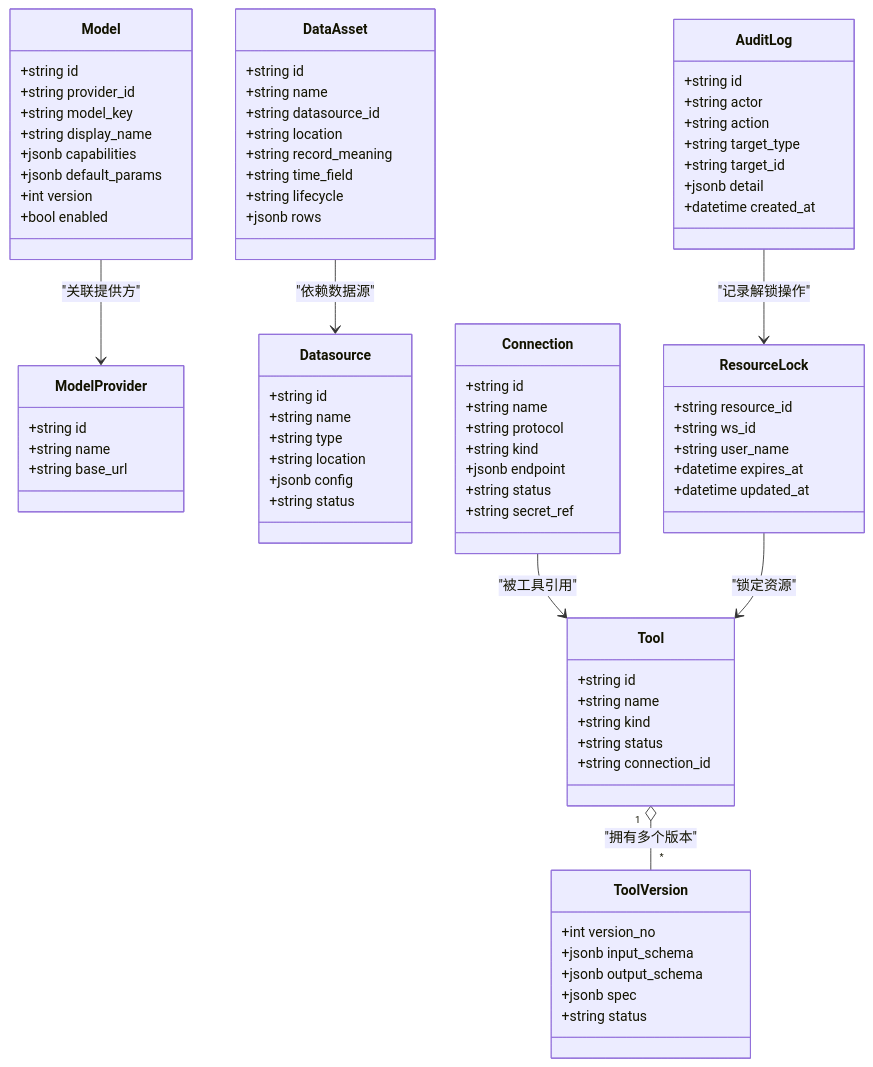
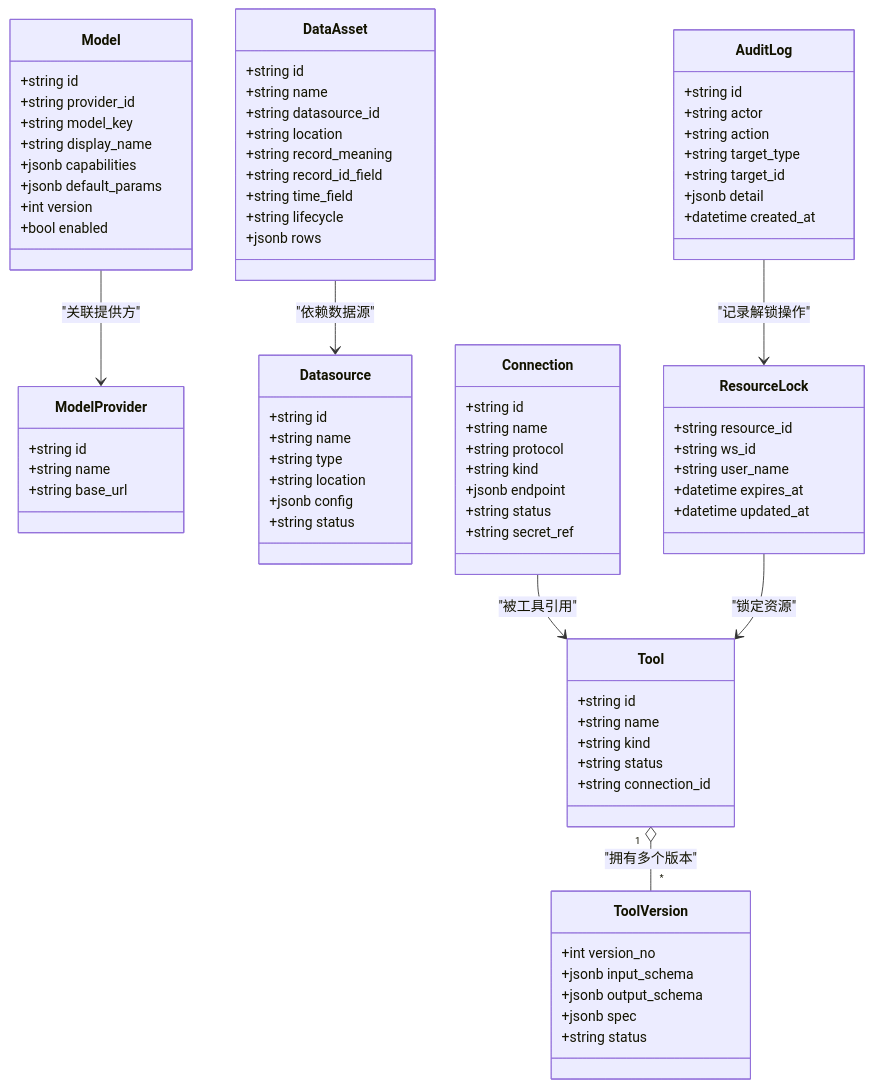
Before and after one commit to huiliuxu780/MoreThanCorn: the second of 4 diagrams in .qoder/repowiki/zh/content/资源管理域.md, drawn with Mermaid. The commit also changed other lines of this file and 141 other files, not shown here.

````diff
--- a/.qoder/repowiki/zh/content/资源管理域.md
+++ b/.qoder/repowiki/zh/content/资源管理域.md
@@ -160,81 +169,82 @@
 ```mermaid
 classDiagram
 class Tool {
 +string id
 +string name
 +string kind
 +string status
 +string connection_id
 }
 class ToolVersion {
 +int version_no
 +jsonb input_schema
 +jsonb output_schema
 +jsonb spec
 +string status
 }
 class Model {
 +string id
 +string provider_id
 +string model_key
 +string display_name
 +jsonb capabilities
 +jsonb default_params
 +int version
 +bool enabled
 }
 class ModelProvider {
 +string id
 +string name
 +string base_url
 }
 class Datasource {
 +string id
 +string name
 +string type
 +string location
 +jsonb config
 +string status
 }
 class DataAsset {
 +string id
 +string name
 +string datasource_id
 +string location
 +string record_meaning
++string record_id_field
 +string time_field
 +string lifecycle
 +jsonb rows
 }
 class Connection {
 +string id
 +string name
 +string protocol
 +string kind
 +jsonb endpoint
 +string status
 +string secret_ref
 }
 class ResourceLock {
 +string resource_id
 +string ws_id
 +string user_name
 +datetime expires_at
 +datetime updated_at
 }
 class AuditLog {
 +string id
 +string actor
 +string action
 +string target_type
 +string target_id
 +jsonb detail
 +datetime created_at
 }
 Tool "1" o-- "*" ToolVersion : "拥有多个版本"
 Model --> ModelProvider : "关联提供方"
 DataAsset --> Datasource : "依赖数据源"
 Connection --> Tool : "被工具引用"
 ResourceLock --> Tool : "锁定资源"
 AuditLog --> ResourceLock : "记录解锁操作"
 ```
````
